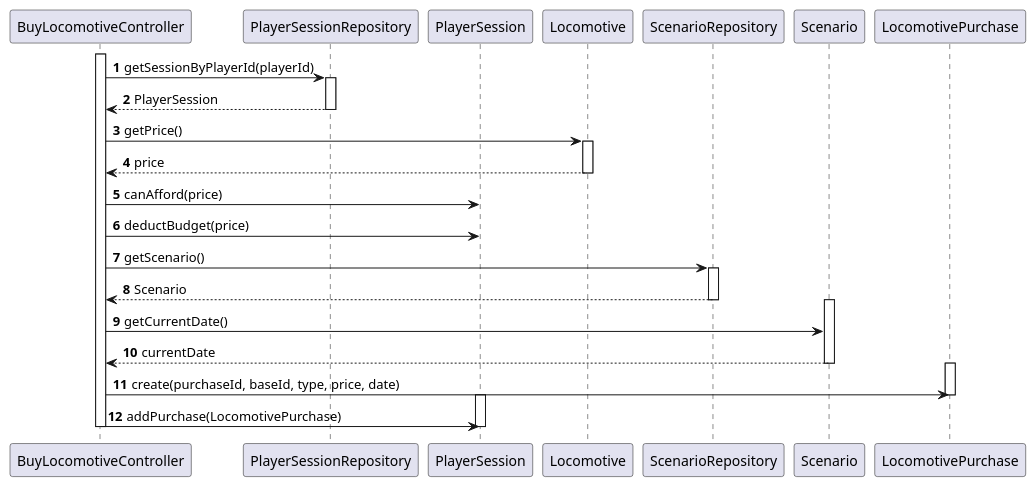
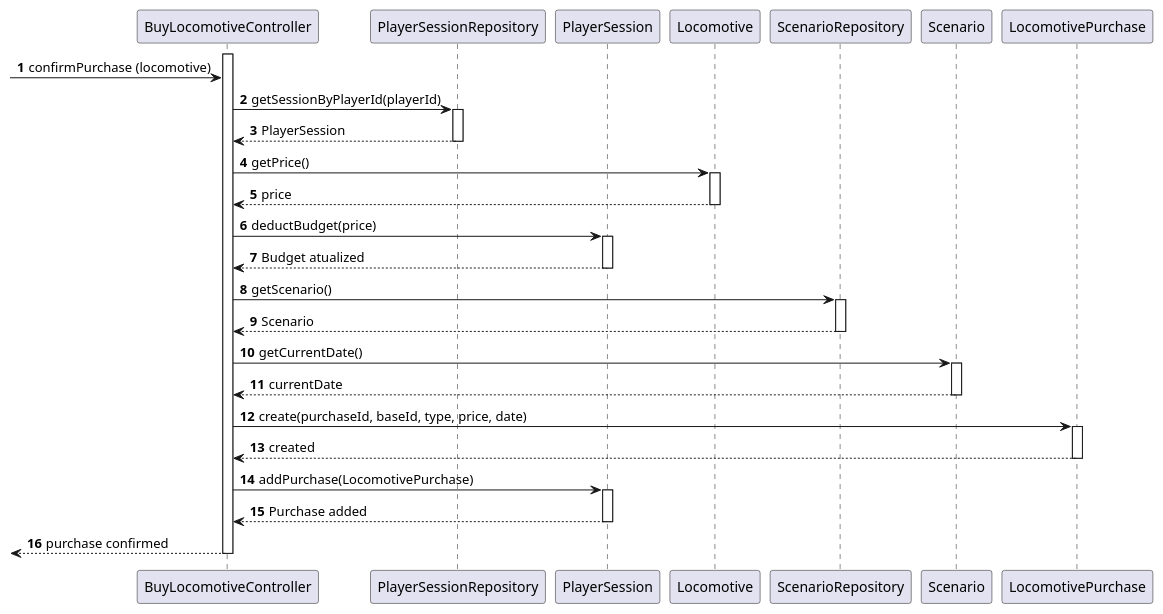
The diagram in docs/system-documentation/US09/03.design/puml/US009-SD-partial-confirm-locomotive-purchase.puml (Andremonteiro1240850/railway_simulator), drawn with PlantUML before and after one commit. The commit also changed 19 other files, not shown here.

```diff
--- a/docs/system-documentation/US09/03.design/puml/US009-SD-partial-confirm-locomotive-purchase.puml
+++ b/docs/system-documentation/US09/03.design/puml/US009-SD-partial-confirm-locomotive-purchase.puml
@@ -1,46 +1,56 @@
 @startuml
 autonumber
 participant BuyLocomotiveController
 activate BuyLocomotiveController
 participant PlayerSessionRepository
 participant PlayerSession
 participant Locomotive
 participant ScenarioRepository
 participant Scenario
 participant LocomotivePurchase
 
+-> BuyLocomotiveController : confirmPurchase (locomotive)
 BuyLocomotiveController -> PlayerSessionRepository : getSessionByPlayerId(playerId)
 activate PlayerSessionRepository
 PlayerSessionRepository --> BuyLocomotiveController : PlayerSession
 deactivate PlayerSessionRepository
 
 
 BuyLocomotiveController -> Locomotive : getPrice()
 activate Locomotive
 Locomotive --> BuyLocomotiveController : price
 deactivate Locomotive
 
-BuyLocomotiveController -> PlayerSession : canAfford(price)
 BuyLocomotiveController -> PlayerSession : deductBudget(price)
+activate PlayerSession
+PlayerSession--> BuyLocomotiveController: Budget atualized
 deactivate PlayerSession
 
 BuyLocomotiveController -> ScenarioRepository : getScenario()
 activate ScenarioRepository
 ScenarioRepository --> BuyLocomotiveController : Scenario
 deactivate ScenarioRepository
-activate Scenario
+
 
 BuyLocomotiveController -> Scenario : getCurrentDate()
+activate Scenario
 Scenario --> BuyLocomotiveController : currentDate
 deactivate Scenario
 
+BuyLocomotiveController -> LocomotivePurchase : create(purchaseId, baseId, type, price, date)
 activate LocomotivePurchase
-BuyLocomotiveController -> LocomotivePurchase : create(purchaseId, baseId, type, price, date)
+LocomotivePurchase--> BuyLocomotiveController: created
+
 deactivate LocomotivePurchase
 
+
+BuyLocomotiveController -> PlayerSession : addPurchase(LocomotivePurchase)
 activate PlayerSession
-BuyLocomotiveController -> PlayerSession : addPurchase(LocomotivePurchase)
+PlayerSession--> BuyLocomotiveController: Purchase added
 deactivate PlayerSession
 
+
+
+<--BuyLocomotiveController : purchase confirmed
 deactivate BuyLocomotiveController
 @enduml
```
